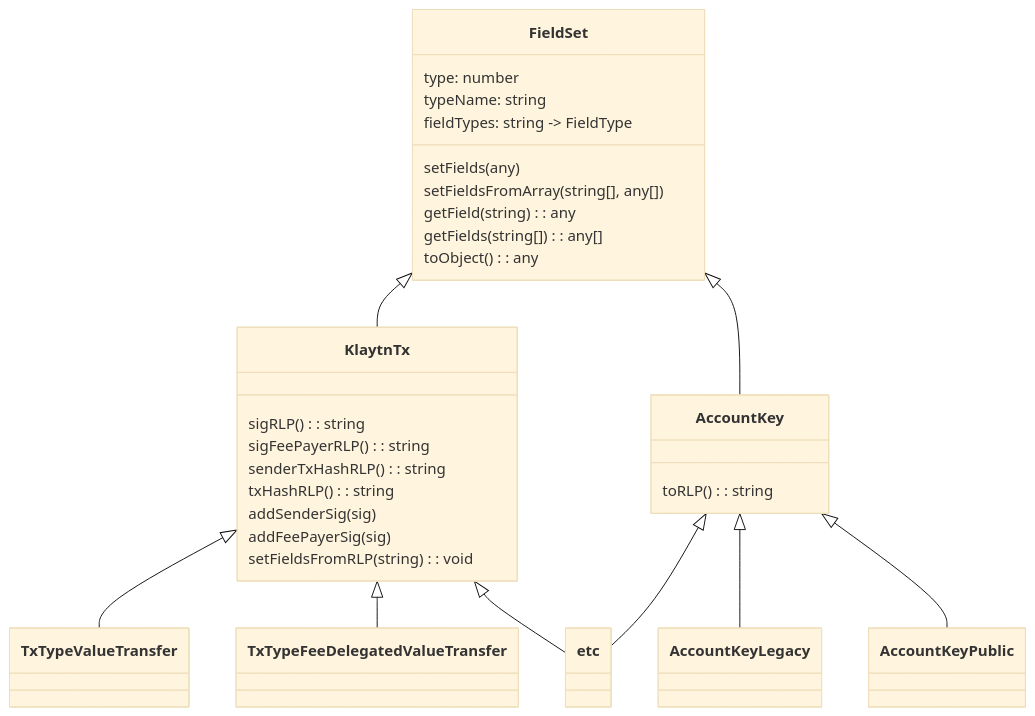
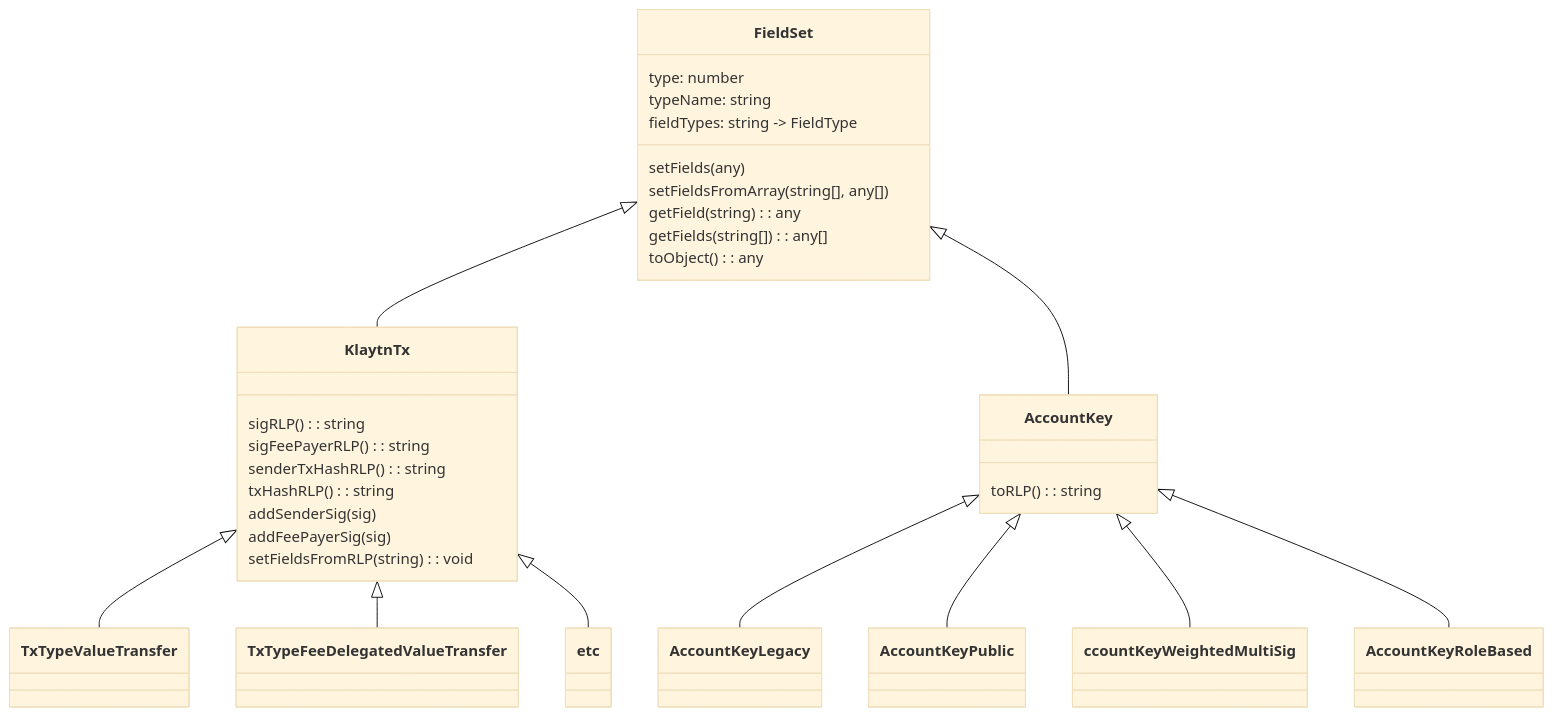
One commit to blukat29/klaytn-sdk-design changed the second of 4 diagrams in README.md. Above: the diagram before and after it, drawn with Mermaid (base theme). The commit also changed other lines of this file and 2 other files, not shown here.

Commit message:
Add TxTypeFeeDelegatedCancel example

````diff
--- a/README.md
+++ b/README.md
@@ -82,33 +81,34 @@
 ```mermaid  
 classDiagram
   FieldSet <|-- KlaytnTx
   KlaytnTx <|-- TxTypeValueTransfer
   KlaytnTx <|-- TxTypeFeeDelegatedValueTransfer
   KlaytnTx <|-- etc
   FieldSet <|-- AccountKey
   AccountKey <|-- AccountKeyLegacy
   AccountKey <|-- AccountKeyPublic
-  AccountKey <|-- etc
+  AccountKey <|-- ccountKeyWeightedMultiSig
+  AccountKey <|-- AccountKeyRoleBased
   class FieldSet {
     type: number
     typeName: string
     fieldTypes: string -> FieldType
     setFields(any)
     setFieldsFromArray( string[], any[] )
     getField( string ): any
     getFields( string[] ): any[]
     toObject(): any
   }
   class KlaytnTx {
     sigRLP(): string
     sigFeePayerRLP(): string
     senderTxHashRLP(): string
     txHashRLP(): string
     addSenderSig(sig)
     addFeePayerSig(sig)
     setFieldsFromRLP(string): void
   }
   class AccountKey {
     toRLP(): string
   }
 ```
````
